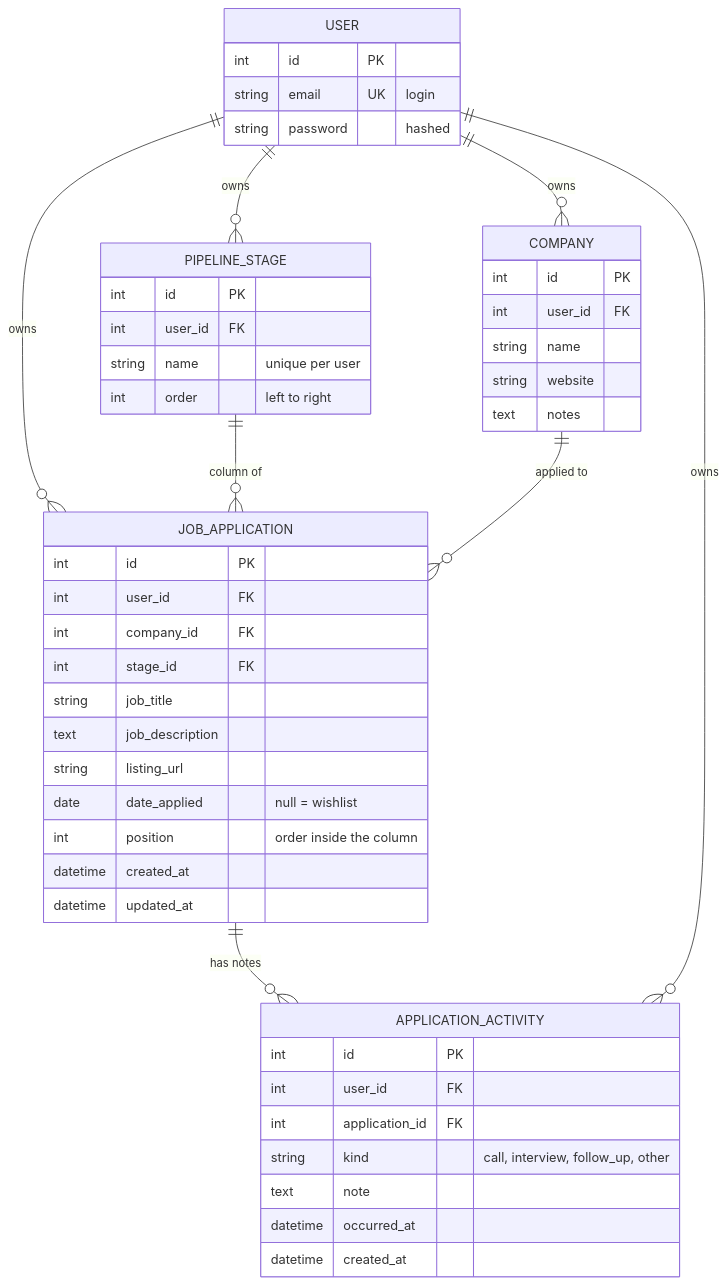
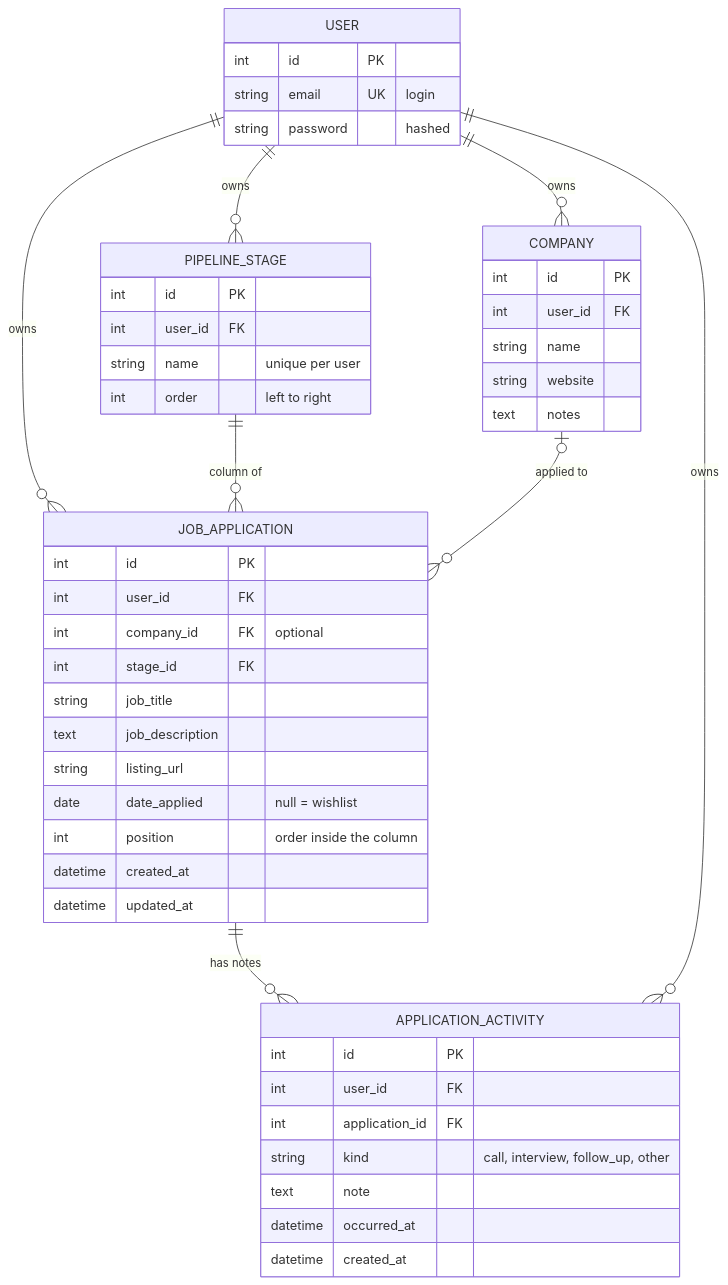
The second of 2 diagrams in README.md (Ervzs/CareerPipeline), drawn with Mermaid before and after one commit. The commit also changed other lines of this file, not shown here.

````diff
--- a/README.md
+++ b/README.md
@@ -77,51 +72,51 @@
 ```mermaid
 erDiagram
     USER ||--o{ PIPELINE_STAGE : owns
     USER ||--o{ COMPANY : owns
     USER ||--o{ JOB_APPLICATION : owns
     PIPELINE_STAGE ||--o{ JOB_APPLICATION : "column of"
-    COMPANY ||--o{ JOB_APPLICATION : "applied to"
+    COMPANY |o--o{ JOB_APPLICATION : "applied to"
     JOB_APPLICATION ||--o{ APPLICATION_ACTIVITY : "has notes"
     USER ||--o{ APPLICATION_ACTIVITY : owns
 
     USER {
         int id PK
         string email UK "login"
         string password "hashed"
     }
     PIPELINE_STAGE {
         int id PK
         int user_id FK
         string name "unique per user"
         int order "left to right"
     }
     COMPANY {
         int id PK
         int user_id FK
         string name
         string website
         text notes
     }
     JOB_APPLICATION {
         int id PK
         int user_id FK
-        int company_id FK
+        int company_id FK "optional"
         int stage_id FK
         string job_title
         text job_description
         string listing_url
         date date_applied "null = wishlist"
         int position "order inside the column"
         datetime created_at
         datetime updated_at
     }
     APPLICATION_ACTIVITY {
         int id PK
         int user_id FK
         int application_id FK
         string kind "call, interview, follow_up, other"
         text note
         datetime occurred_at
         datetime created_at
     }
 ```
````
